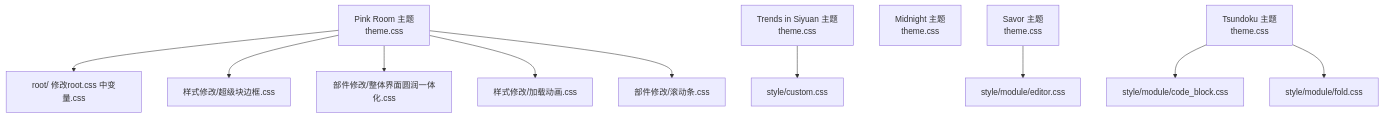
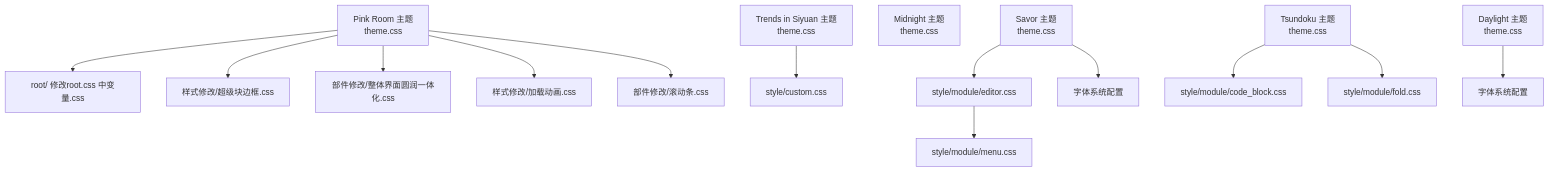
One commit to terwer/siyuan-plugin-blog changed the first of 8 diagrams in .qoder/repowiki/zh/content/核心功能/主题系统/自定义主题开发/主题定制实例.md. Above: the diagram before and after it, drawn with Mermaid. The commit also changed other lines of this file and 6 other files, not shown here.

Commit message:
docs(zh): update theme guide with CSS props & devProd script

````diff
--- a/.qoder/repowiki/zh/content/核心功能/主题系统/自定义主题开发/主题定制实例.md
+++ b/.qoder/repowiki/zh/content/核心功能/主题系统/自定义主题开发/主题定制实例.md
@@ -43,13 +57,15 @@
 ```mermaid
 graph TB
 PR["Pink Room 主题<br/>theme.css"] --> PR_root["root/ 修改root.css 中变量.css"]
 PR --> PR_super["样式修改/超级块边框.css"]
 PR --> PR_round["部件修改/整体界面圆润一体化.css"]
 PR --> PR_loading["样式修改/加载动画.css"]
 PR --> PR_scroll["部件修改/滚动条.css"]
 TS["Trends in Siyuan 主题<br/>theme.css"] --> TS_custom["style/custom.css"]
 MN["Midnight 主题<br/>theme.css"]
-SV["Savor 主题<br/>theme.css"] --> SV_editor["style/module/editor.css"]
+SV["Savor 主题<br/>theme.css"] --> SV_editor["style/module/editor.css"] --> SV_menu["style/module/menu.css"]
+SV --> SV_font["字体系统配置"]
 TZ["Tsundoku 主题<br/>theme.css"] --> TZ_code["style/module/code_block.css"]
 TZ --> TZ_fold["style/module/fold.css"]
+DL["Daylight 主题<br/>theme.css"] --> DL_font["字体系统配置"]
 ```
````
